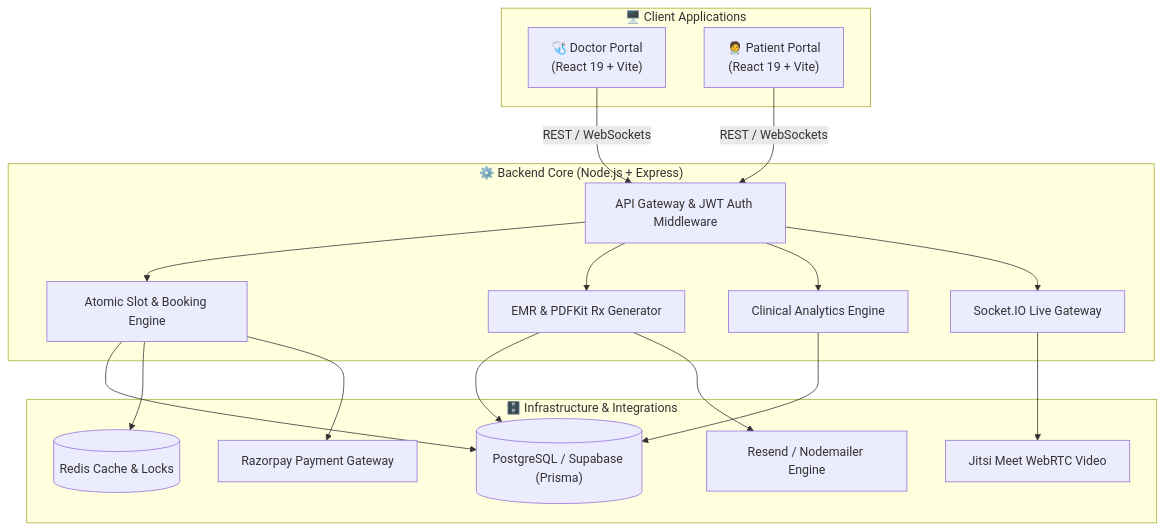
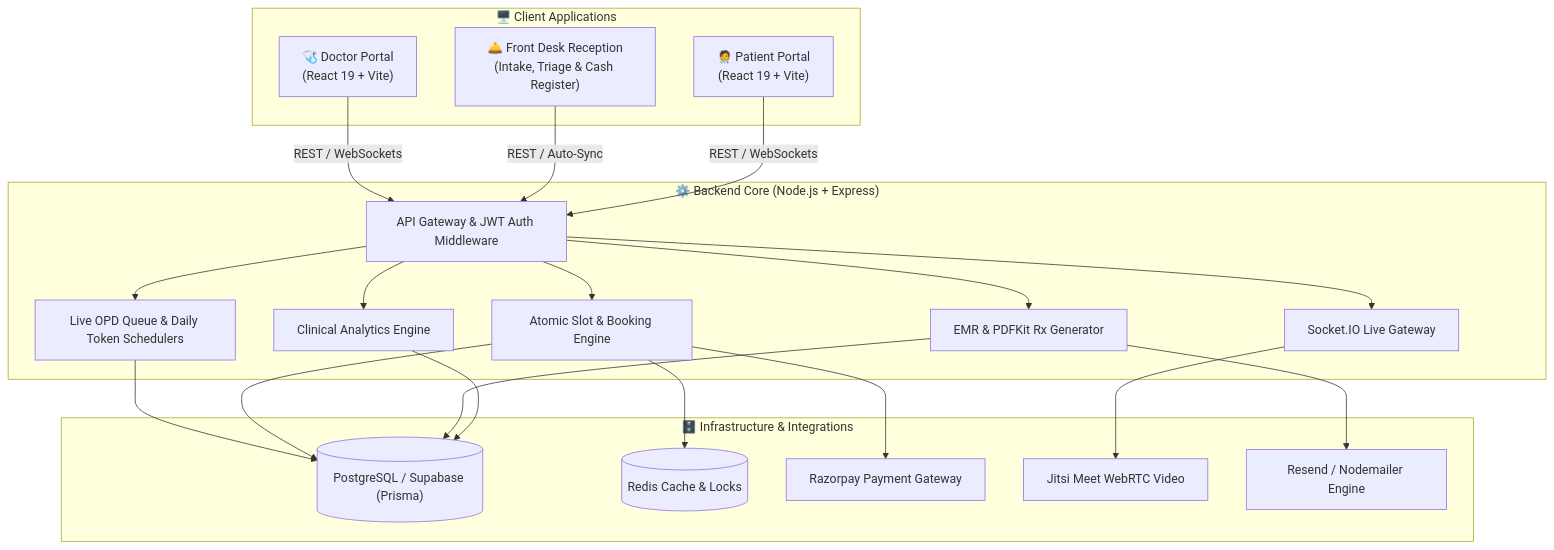
One commit to akksshatt-2005/Telehealth-EMR-Platform changed the diagram in README.md. Above: the diagram before and after it, drawn with Mermaid. The commit also changed other lines of this file, not shown here.

Commit message:
docs: update GitHub summary with Front Desk Receptionist Portal, Live OPD Queue, and Cash Desk features

````diff
--- a/README.md
+++ b/README.md
@@ -18,39 +18,44 @@
 ```mermaid
 flowchart TB
     subgraph Clients["🖥️ Client Applications"]
         DP["🩺 Doctor Portal<br/>(React 19 + Vite)"]
+        REC["🛎️ Front Desk Reception<br/>(Intake, Triage & Cash Register)"]
         PP["🧑‍⚕️ Patient Portal<br/>(React 19 + Vite)"]
     end
 
     subgraph Core["⚙️ Backend Core (Node.js + Express)"]
         GATEWAY["API Gateway & JWT Auth Middleware"]
+        OPD["Live OPD Queue & Daily Token Schedulers"]
         SLOT["Atomic Slot & Booking Engine"]
         RX["EMR & PDFKit Rx Generator"]
         ANALYTICS["Clinical Analytics Engine"]
         SOCKET["Socket.IO Live Gateway"]
     end
 
     subgraph Infra["🗄️ Infrastructure & Integrations"]
         DB[("PostgreSQL / Supabase (Prisma)")]
         REDIS[("Redis Cache & Locks")]
         PAY["Razorpay Payment Gateway"]
         JITSI["Jitsi Meet WebRTC Video"]
         MAIL["Resend / Nodemailer Engine"]
     end
 
     DP -->|"REST / WebSockets"| GATEWAY
+    REC -->|"REST / Auto-Sync"| GATEWAY
     PP -->|"REST / WebSockets"| GATEWAY
 
+    GATEWAY --> OPD
     GATEWAY --> SLOT
     GATEWAY --> RX
     GATEWAY --> ANALYTICS
     GATEWAY --> SOCKET
 
+    OPD --> DB
     SLOT --> DB
     SLOT --> REDIS
     SLOT --> PAY
     RX --> DB
     RX --> MAIL
     ANALYTICS --> DB
     SOCKET --> JITSI
 ```
````
